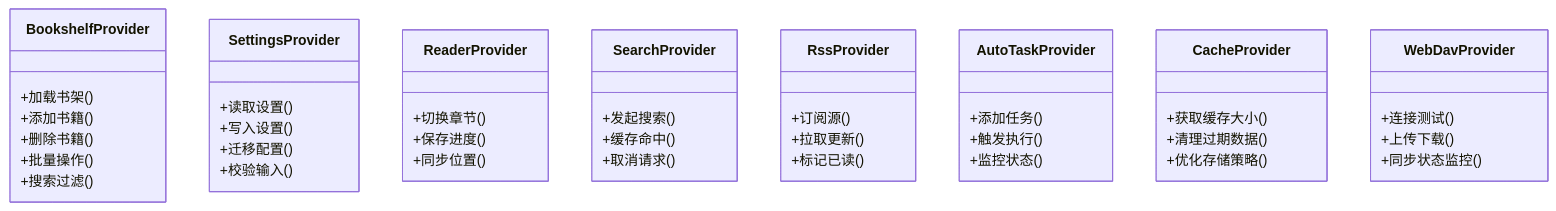
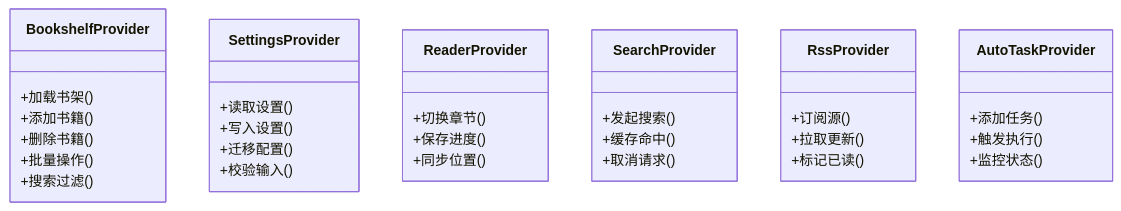
One commit to ZhangGHGitHub/LegadoTeamFlutter changed the fourth of 8 diagrams in .qoder/repowiki/zh/content/Flutter跨平台应用/Flutter跨平台应用.md. Above: the diagram before and after it, drawn with Mermaid. The commit also changed other lines of this file and 60 other files, not shown here.

````diff
--- a/.qoder/repowiki/zh/content/Flutter跨平台应用/Flutter跨平台应用.md
+++ b/.qoder/repowiki/zh/content/Flutter跨平台应用/Flutter跨平台应用.md
@@ -266,46 +223,36 @@
 ```mermaid
 classDiagram
 class BookshelfProvider {
 +加载书架()
 +添加书籍()
 +删除书籍()
 +批量操作()
 +搜索过滤()
 }
 class SettingsProvider {
 +读取设置()
 +写入设置()
 +迁移配置()
 +校验输入()
 }
 class ReaderProvider {
 +切换章节()
 +保存进度()
 +同步位置()
 }
 class SearchProvider {
 +发起搜索()
 +缓存命中()
 +取消请求()
 }
 class RssProvider {
 +订阅源()
 +拉取更新()
 +标记已读()
 }
 class AutoTaskProvider {
 +添加任务()
 +触发执行()
 +监控状态()
 }
-class CacheProvider {
-+获取缓存大小()
-+清理过期数据()
-+优化存储策略()
-}
-class WebDavProvider {
-+连接测试()
-+上传下载()
-+同步状态监控()
-}
 ```
````
